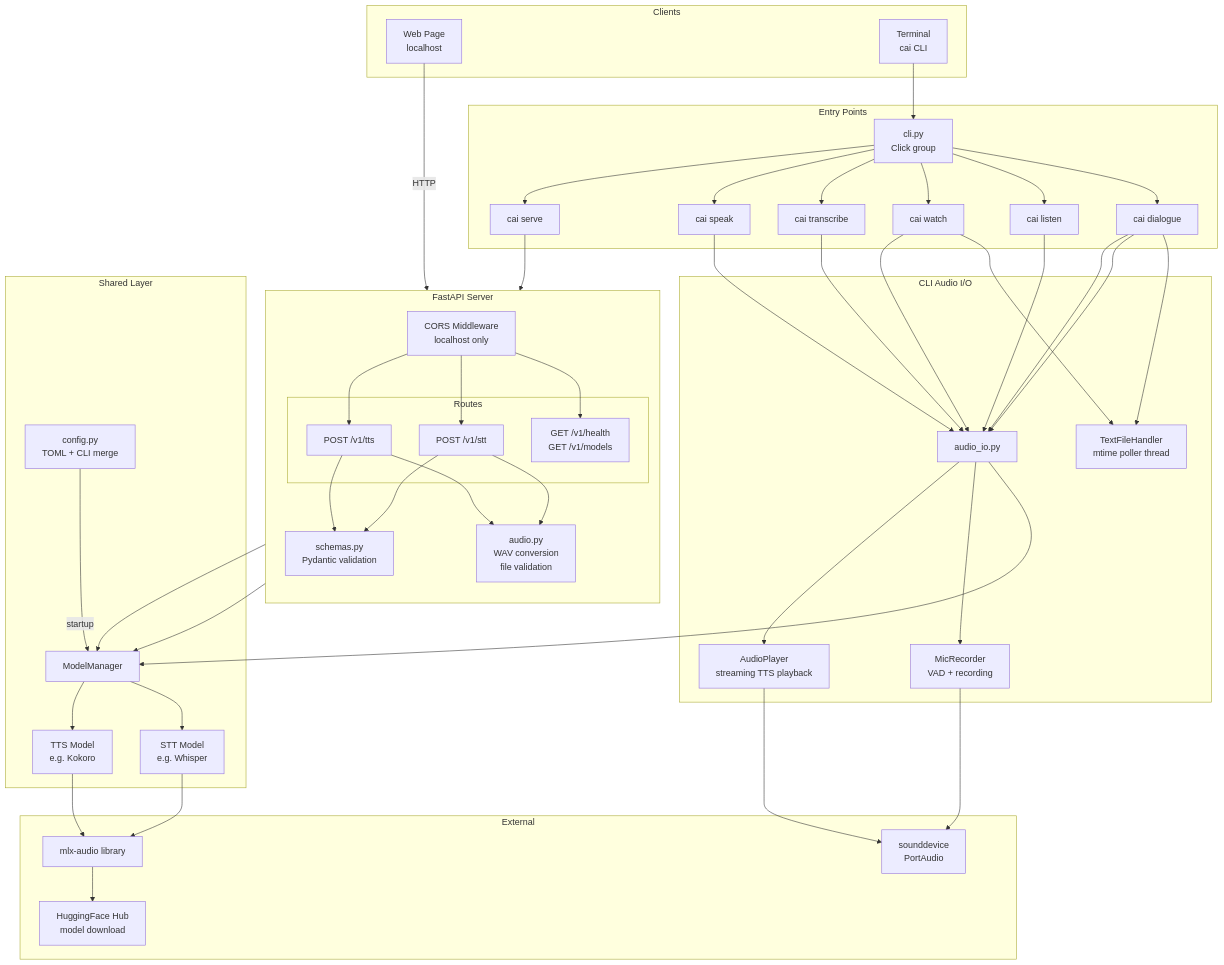
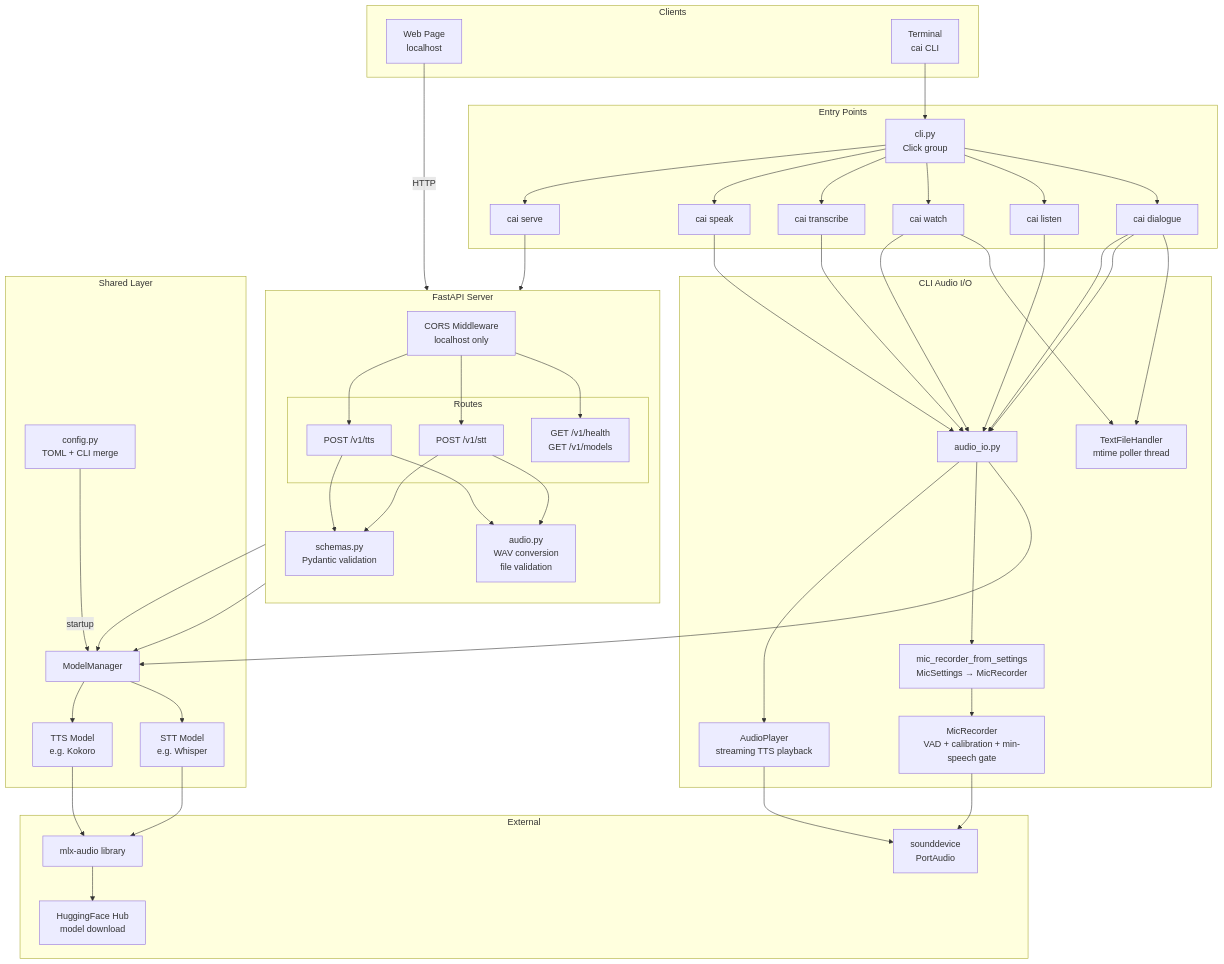
The first of 6 diagrams in tasks/ARCHITECTURE.md (gatewaynode/conversational_ai), drawn with Mermaid before and after one commit. The commit also changed other lines of this file and 23 other files, not shown here.

````diff
--- a/tasks/ARCHITECTURE.md
+++ b/tasks/ARCHITECTURE.md
@@ -60,69 +72,71 @@
 ```mermaid
 graph TB
     subgraph "Clients"
         Browser[Web Page<br/>localhost]
         Terminal[Terminal<br/>cai CLI]
     end
 
     subgraph "Entry Points"
         CLI_EP[cli.py<br/>Click group]
         SERVE[cai serve]
         SPEAK[cai speak]
         TRANSCRIBE[cai transcribe]
         WATCH[cai watch]
         LISTEN[cai listen]
         DIALOGUE[cai dialogue]
     end
 
     subgraph "FastAPI Server"
         direction TB
         CORS[CORS Middleware<br/>localhost only]
 
         subgraph "Routes"
             TTS_R[POST /v1/tts]
             STT_R[POST /v1/stt]
             SYS_R[GET /v1/health<br/>GET /v1/models]
         end
 
         Schemas[schemas.py<br/>Pydantic validation]
         Audio_Util[audio.py<br/>WAV conversion<br/>file validation]
     end
 
     subgraph "CLI Audio I/O"
         AudioIO[audio_io.py]
         Player[AudioPlayer<br/>streaming TTS playback]
-        MicRec[MicRecorder<br/>VAD + recording]
+        MicFactory[mic_recorder_from_settings<br/>MicSettings → MicRecorder]
+        MicRec[MicRecorder<br/>VAD + calibration + min-speech gate]
         FileWatch[TextFileHandler<br/>mtime poller thread]
     end
 
     subgraph "Shared Layer"
         Config[config.py<br/>TOML + CLI merge]
         MM[ModelManager]
         TTS_M[TTS Model<br/>e.g. Kokoro]
         STT_M[STT Model<br/>e.g. Whisper]
     end
 
     subgraph "External"
         MLX[mlx-audio library]
         HF[HuggingFace Hub<br/>model download]
         SD[sounddevice<br/>PortAudio]
     end
 
     Browser -->|HTTP| CORS
     Terminal --> CLI_EP
     CLI_EP --> SERVE & SPEAK & TRANSCRIBE & WATCH & LISTEN & DIALOGUE
     SERVE --> CORS
     CORS --> TTS_R & STT_R & SYS_R
     TTS_R --> Schemas & Audio_Util & MM
     STT_R --> Schemas & Audio_Util & MM
     SPEAK & WATCH & DIALOGUE --> AudioIO
     TRANSCRIBE & LISTEN & DIALOGUE --> AudioIO
-    AudioIO --> Player & MicRec
+    AudioIO --> Player & MicFactory
+    MicFactory --> MicRec
     WATCH & DIALOGUE --> FileWatch
     AudioIO --> MM
     MM --> TTS_M & STT_M
     TTS_M & STT_M --> MLX
     MLX --> HF
     Player & MicRec --> SD
     Config -->|startup| MM
 ```
````
